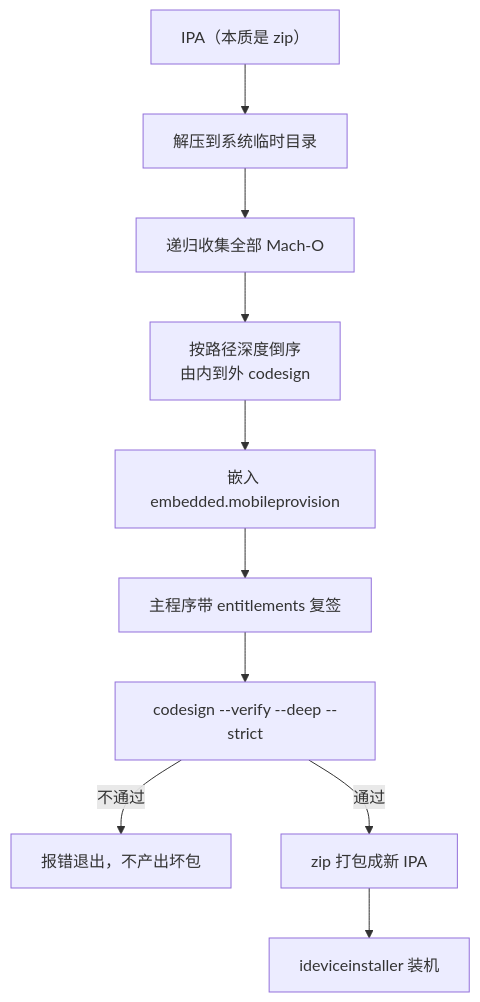
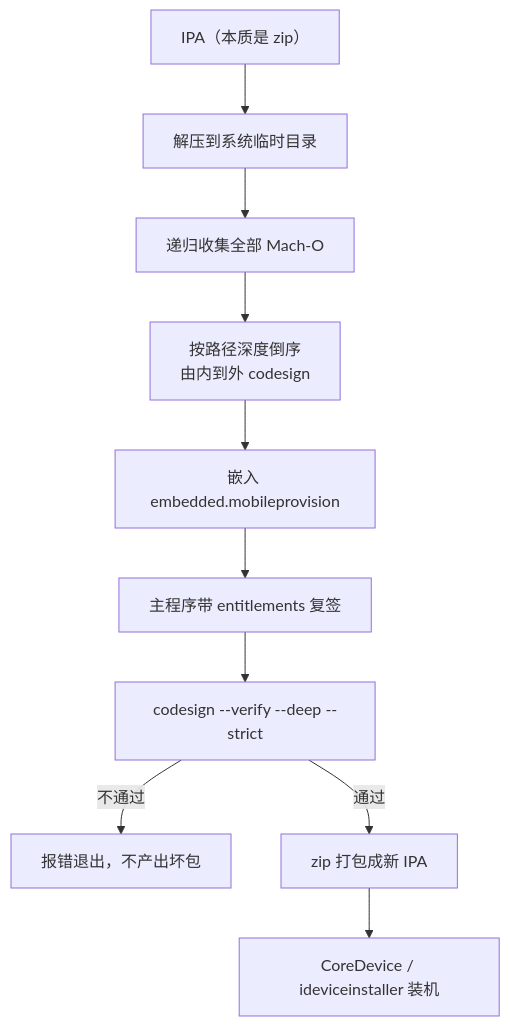
One commit to Echoxiawan/IPASigner changed the diagram in README.md. Above: the diagram before and after it, drawn with Mermaid. The commit also changed other lines of this file and 7 other files, not shown here.

Commit message:
修复新机型设备识别并支持 CoreDevice 安装

````diff
--- a/README.md
+++ b/README.md
@@ -252,12 +252,12 @@
 ```mermaid
 flowchart TD
     A["IPA（本质是 zip）"] --> B["解压到系统临时目录"]
     B --> C["递归收集全部 Mach-O"]
     C --> D["按路径深度倒序<br/>由内到外 codesign"]
     D --> E["嵌入 embedded.mobileprovision"]
     E --> F["主程序带 entitlements 复签"]
     F --> G["codesign --verify --deep --strict"]
     G -->|不通过| H["报错退出，不产出坏包"]
     G -->|通过| I["zip 打包成新 IPA"]
-    I --> J["ideviceinstaller 装机"]
+    I --> J["CoreDevice / ideviceinstaller 装机"]
 ```
````
